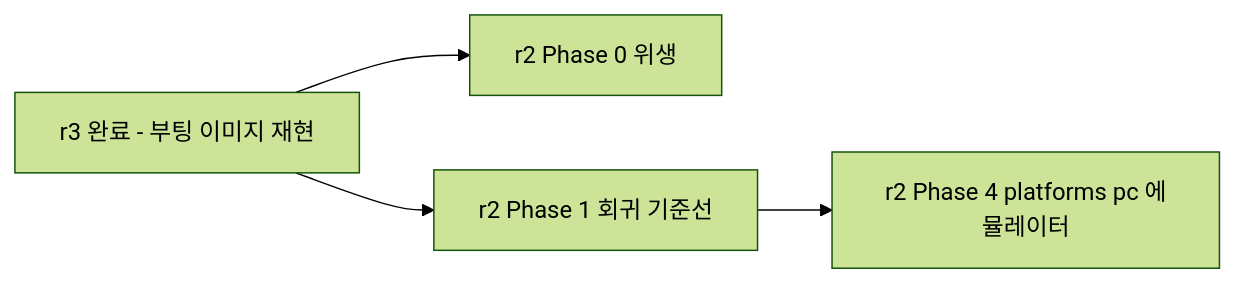
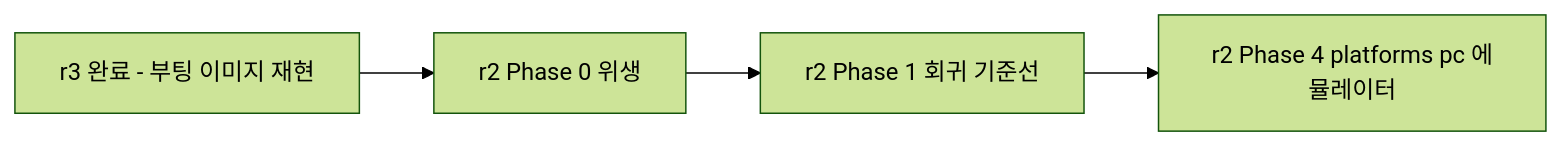
One commit to beomsikpark/healcerion-platform changed the diagram in docs/refactoring/r3/phase5-first-build-ci-sdk.md. Above: the diagram before and after it, drawn with Mermaid (forest theme). The commit also changed 21 other files, not shown here.

````diff
--- a/docs/refactoring/r3/phase5-first-build-ci-sdk.md
+++ b/docs/refactoring/r3/phase5-first-build-ci-sdk.md
@@ -131,10 +131,10 @@
 ```mermaid
 flowchart LR
     r3done["r3 완료 - 부팅 이미지 재현"]
     r2p0["r2 Phase 0 위생"]
     r2p1["r2 Phase 1 회귀 기준선"]
     r2p4["r2 Phase 4 platforms pc 에뮬레이터"]
     r3done --> r2p0
-    r3done --> r2p1
+    r2p0 --> r2p1
     r2p1 --> r2p4
 ```
````
